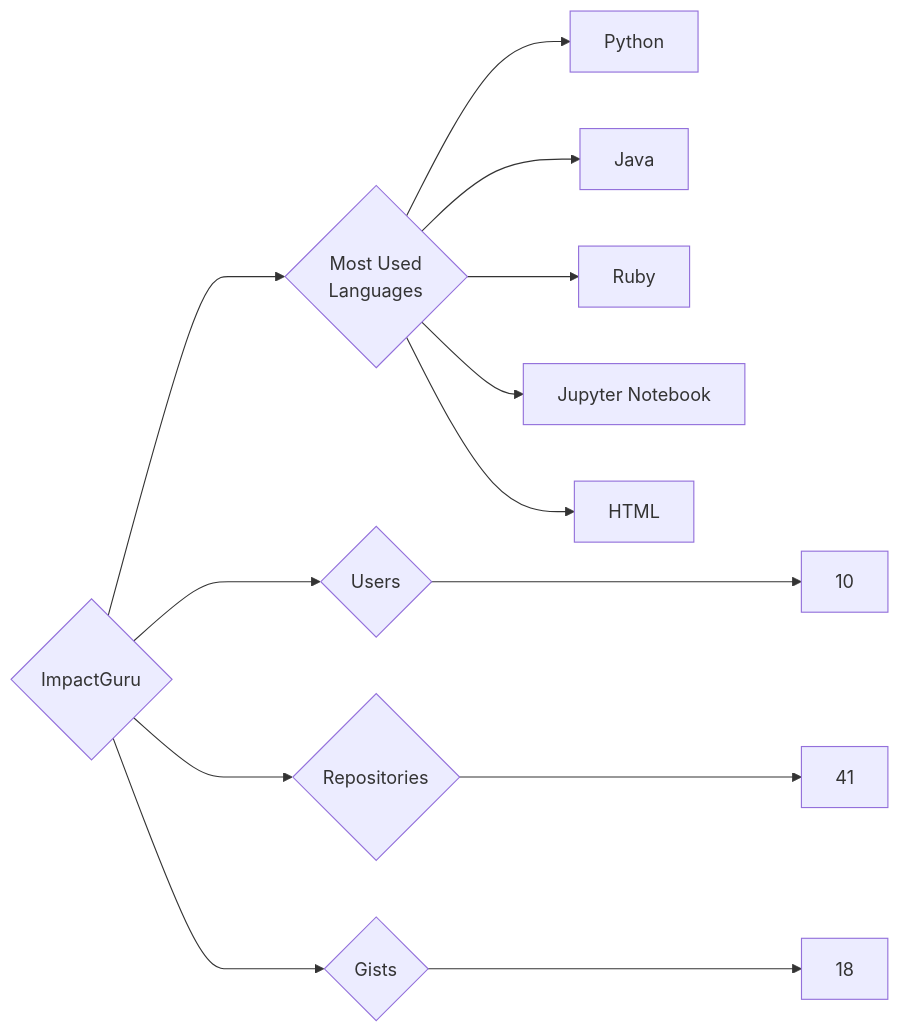
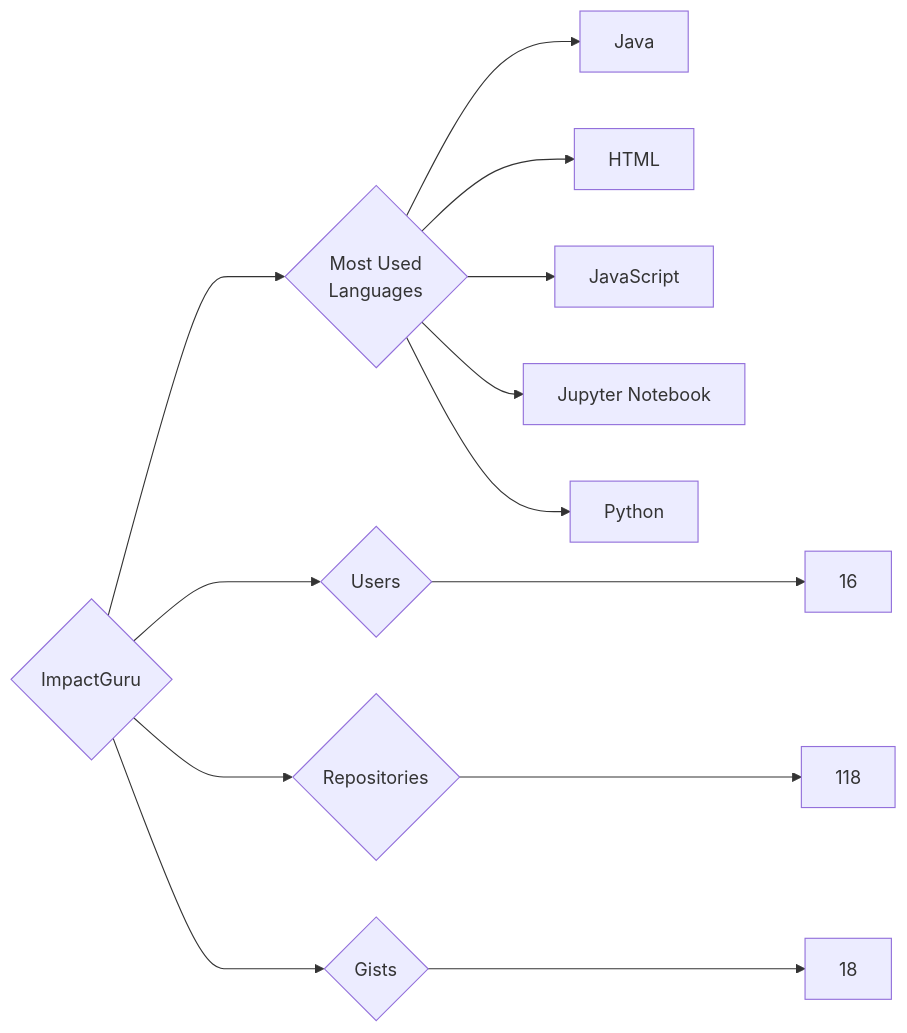
Before and after one commit to trickest/insiders: the diagram in targets/ImpactGuru/README.md, drawn with Mermaid. The commit also changed 899 other files, not shown here.

````diff
--- a/targets/ImpactGuru/README.md
+++ b/targets/ImpactGuru/README.md
@@ -3,13 +3,13 @@
 ```mermaid
 graph LR
 COMPANY_NAME{ImpactGuru}
-COMPANY_NAME ---> U{Users} ---> UN[10]
-COMPANY_NAME ---> R{Repositories} ---> RN[41]
+COMPANY_NAME ---> U{Users} ---> UN[16]
+COMPANY_NAME ---> R{Repositories} ---> RN[118]
 COMPANY_NAME ---> G{Gists} ---> GN[18]
 COMPANY_NAME ---> ML{Most Used<br>Languages}
+ML --> Java[Java]
+ML --> HTML[HTML]
+ML --> JavaScript[JavaScript]
+ML --> Jupyter_Notebook[Jupyter Notebook]
 ML --> Python[Python]
-ML --> Java[Java]
-ML --> Ruby[Ruby]
-ML --> Jupyter_Notebook[Jupyter Notebook]
-ML --> HTML[HTML]
 ```
````
